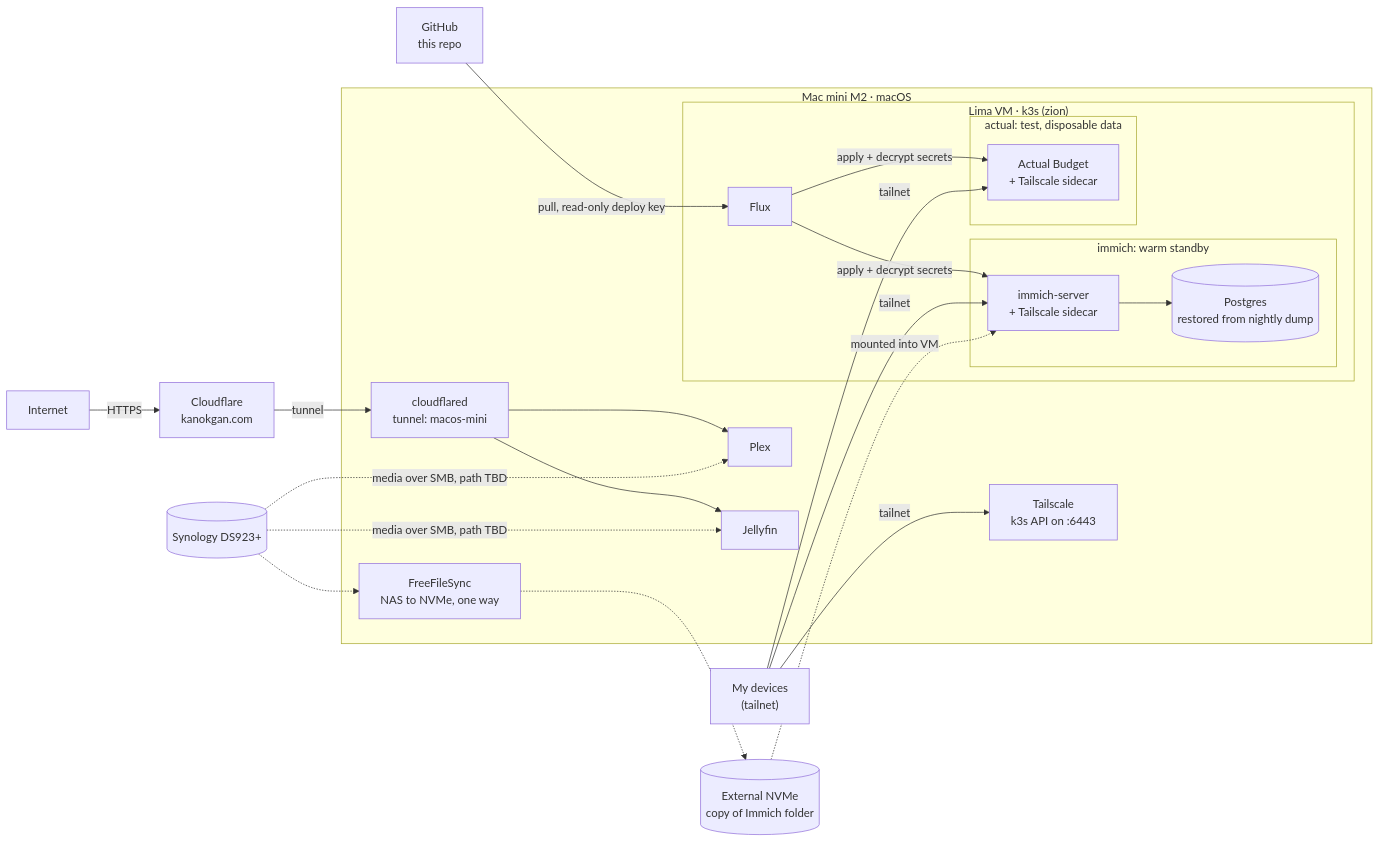
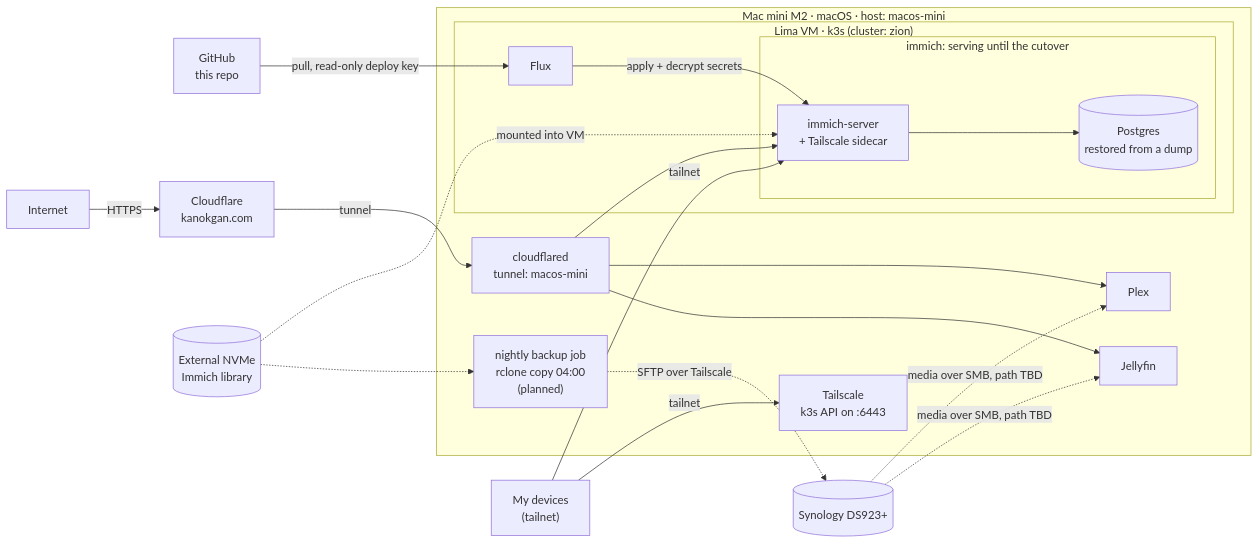
The second of 2 diagrams in README.md (kanokgan/zion), drawn with Mermaid before and after one commit. The commit also changed other lines of this file and 7 other files, not shown here.

````diff
--- a/README.md
+++ b/README.md
@@ -65,42 +72,39 @@
 ```mermaid
 flowchart LR
   gh["GitHub<br/>this repo"]
   internet["Internet"]
   me["My devices<br/>(tailnet)"]
   cf["Cloudflare<br/>kanokgan.com"]
   nas[("Synology DS923+")]
-  nvme[("External NVMe<br/>copy of Immich folder")]
+  nvme[("External NVMe<br/>Immich library")]
 
-  subgraph mini["Mac mini M2 · macOS"]
+  subgraph mini["Mac mini M2 · macOS · host: macos-mini"]
     cfd["cloudflared<br/>tunnel: macos-mini"]
     plex["Plex"]
     jf["Jellyfin"]
     tsapp["Tailscale<br/>k3s API on :6443"]
-    ffs["FreeFileSync<br/>NAS to NVMe, one way"]
-    subgraph vm["Lima VM · k3s (zion)"]
+    bk["nightly backup job<br/>rclone copy 04:00<br/>(planned)"]
+    subgraph vm["Lima VM · k3s (cluster: zion)"]
       flux["Flux"]
-      subgraph immichns["immich: warm standby"]
+      subgraph immichns["immich: serving until the cutover"]
         imsrv["immich-server<br/>+ Tailscale sidecar"]
-        impg[("Postgres<br/>restored from nightly dump")]
-      end
-      subgraph actualns["actual: test, disposable data"]
-        actual["Actual Budget<br/>+ Tailscale sidecar"]
+        impg[("Postgres<br/>restored from a dump")]
       end
     end
   end
 
   gh -->|pull, read-only deploy key| flux
   flux -->|apply + decrypt secrets| imsrv
-  flux -->|apply + decrypt secrets| actual
   internet -->|HTTPS| cf -->|tunnel| cfd
+  cfd --> imsrv
   cfd --> plex
   cfd --> jf
   me -->|tailnet| tsapp
   me -->|tailnet| imsrv
-  me -->|tailnet| actual
   imsrv --> impg
-  nas -.-> ffs -.-> nvme
   nvme -.->|mounted into VM| imsrv
+  nvme -.-> bk
+  bk -.->|SFTP over Tailscale| nas
   nas -.->|media over SMB, path TBD| plex
   nas -.->|media over SMB, path TBD| jf
 ```
````
